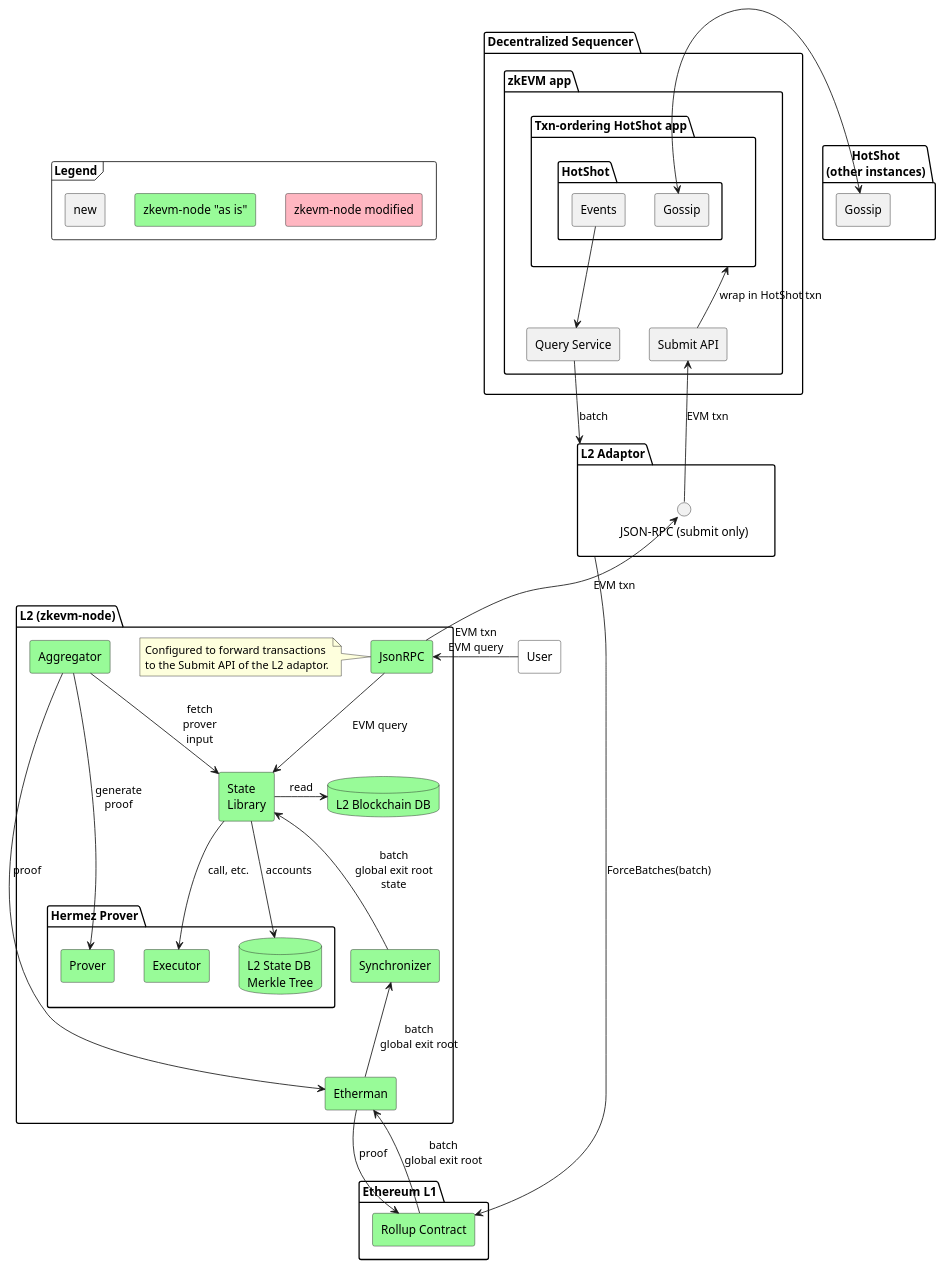
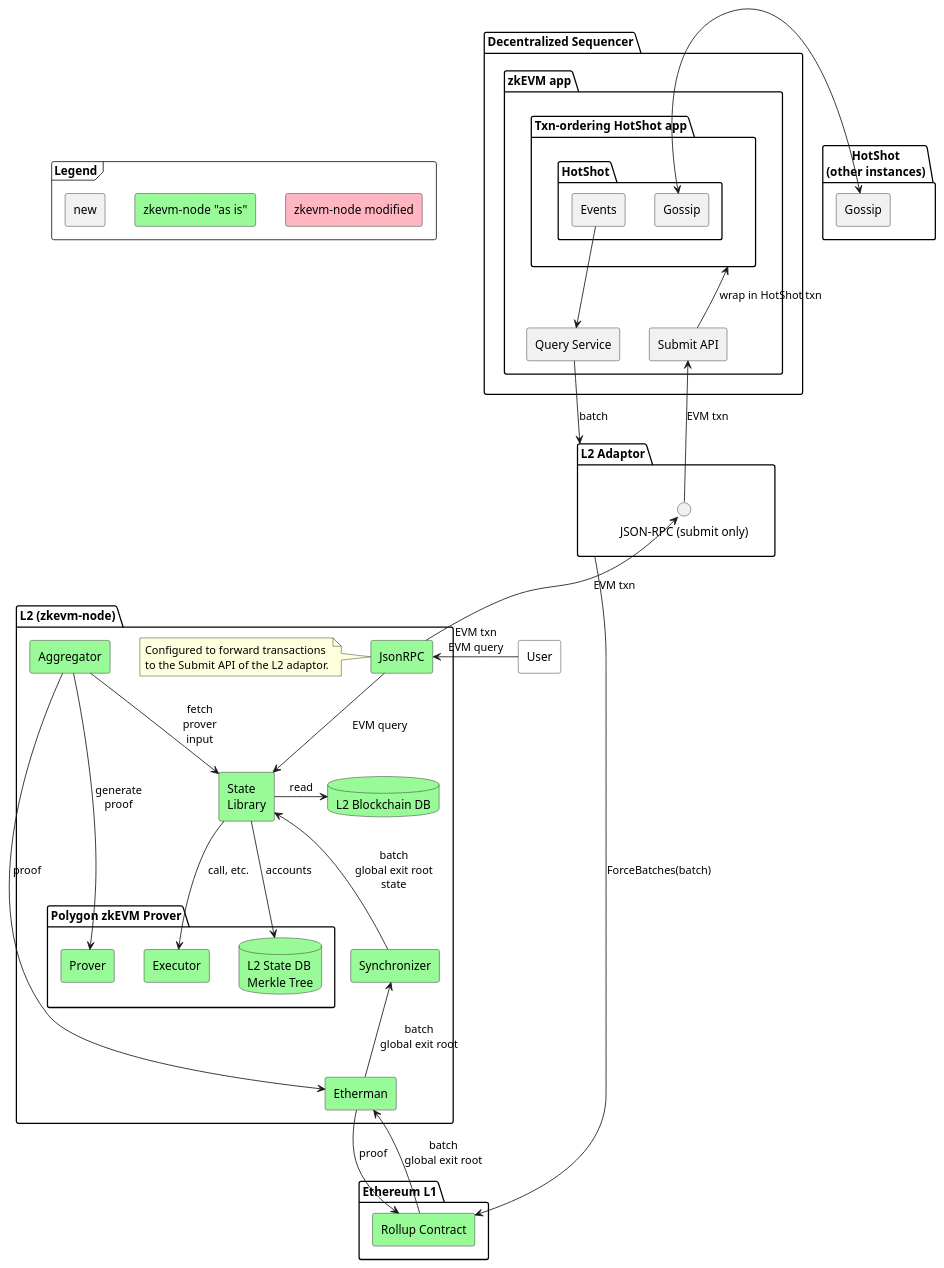
One commit to EspressoSystems/espresso-polygon-zkevm-demo changed the diagram in doc/architecture_phase1.puml. Above: the diagram before and after it, drawn with PlantUML. The commit also changed 35 other files, not shown here.

```diff
--- a/doc/architecture_phase1.puml
+++ b/doc/architecture_phase1.puml
@@ -1,97 +1,97 @@
 @startuml
 skinparam componentStyle rectangle
 
 frame Legend {
   component "zkevm-node "as is"" as Original #PaleGreen
   component "zkevm-node modified" as Modified #LightPink
   component "new" as New
 }
 
 New -[hidden]r-> Original
 Original -[hidden]r-> Modified
 
 component User #White
 package "HotShot\n(other instances)" as HotShotExternal {
   component "Gossip" as GossipExternal
 }
 
 package "Decentralized Sequencer" {
   package "zkEVM app" as zkApp {
     component "Query Service" as QueryService
     component "Submit API" as Submit
     package "Txn-ordering HotShot app" as App {
       package HotShot {
         component "Gossip" as GossipInternal
         component "Events" as HotShotEvents
       }
     }
   }
 }
 
 package "L2 Adaptor" as Adaptor {
   interface "JSON-RPC (submit only)" as AdaptorSubmit
 }
 
 package "Ethereum L1" as L1 {
   component "Rollup Contract" as Rollup #PaleGreen
   ' component "Bridge L1" as BridgeL1 #PaleGreen
 }
 
 
 package "L2 (zkevm-node)" as L2 {
   component JsonRPC #PaleGreen
   note left of JsonRPC
     Configured to forward transactions
     to the Submit API of the L2 adaptor.
   end note
   database L2DB #PaleGreen [
     L2 Blockchain DB
   ]
-  package "Hermez Prover" as HermezProver {
+  package "Polygon zkEVM Prover" as PolygonZkEVMProver {
     component Prover #PaleGreen
     component Executor #PaleGreen
     database Tree #PaleGreen [
       L2 State DB
       Merkle Tree
     ]
   }
   'component "Bridge L2" as BridgeL2 #PaleGreen
   component Etherman #PaleGreen
   component Aggregator #PaleGreen
   component "State\nLibrary" as State #PaleGreen
   component Synchronizer #PaleGreen
 }
 
 User -> JsonRPC: EVM txn\nEVM query
 'User -[hidden]> Submit
 'positions the User box in a better place
 'User -[hidden]> L2
 
 JsonRPC -up-> AdaptorSubmit: EVM txn
 AdaptorSubmit -up-> Submit: EVM txn
 
 GossipInternal <-> GossipExternal
 
 QueryService -> Adaptor: batch
 Adaptor -> Rollup: ForceBatches(batch)
 
 JsonRPC --> State: EVM query
 
 State -> L2DB: read
 State --> Tree: accounts
 State --> Executor: call, etc.
 
 Aggregator --> State: fetch\nprover\ninput
 Aggregator --> Etherman: proof
 Aggregator --> Prover: generate\nproof
 Etherman --> Rollup: proof
 Etherman <-- Rollup: batch\nglobal exit root
 Synchronizer <-- Etherman: batch\nglobal exit root
 State <-- Synchronizer: batch\nglobal exit root\nstate
 
 ' Prover ..> BridgeL2
 ' User --> BridgeL1
 Submit -up-> App: wrap in HotShot txn
 HotShotEvents -down-> QueryService
 
 @enduml
```
